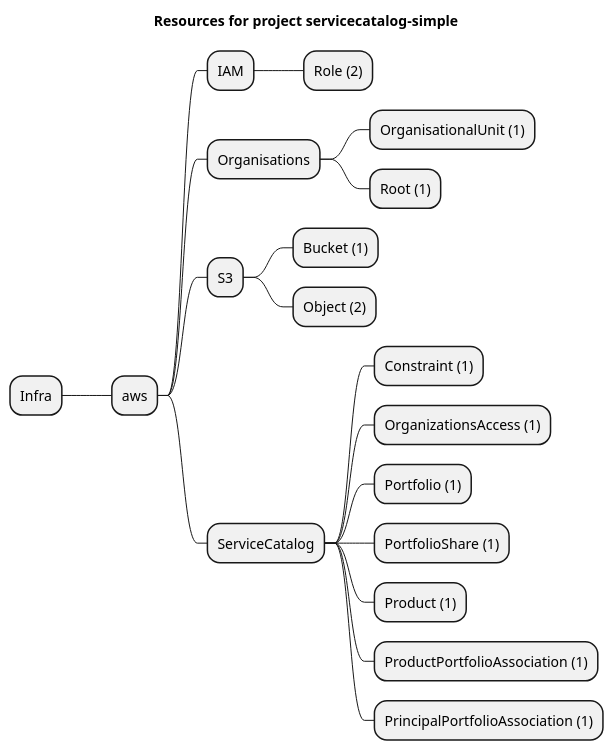
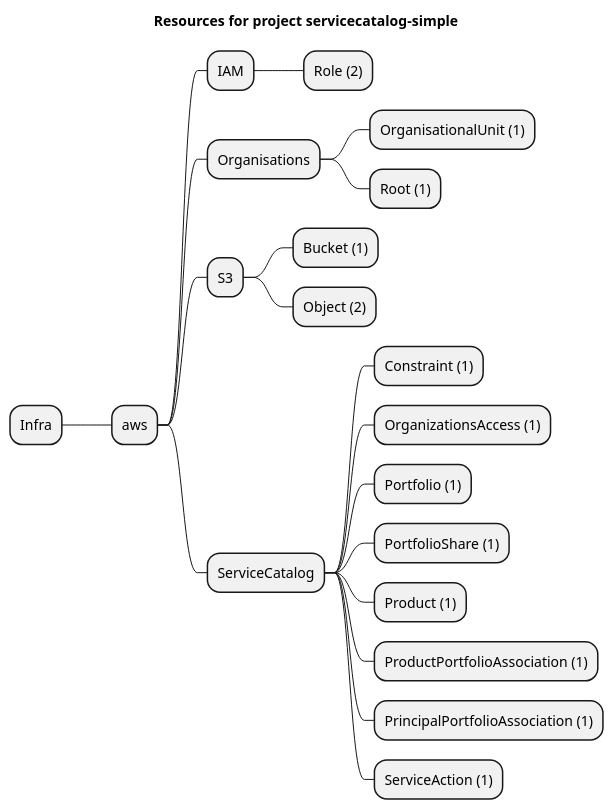
The diagram in examples/aws/ServiceCatalog/servicecatalog-simple/artifacts/resources-mindmap.puml (grucloud/grucloud), drawn with PlantUML before and after one commit. The commit also changed 12 other files, not shown here.

Commit message:
ServiceCatalogProvisionedProduct ServiceCatalogProvisioningArtifact ServiceCatalogServiceAction

```diff
--- a/examples/aws/ServiceCatalog/servicecatalog-simple/artifacts/resources-mindmap.puml
+++ b/examples/aws/ServiceCatalog/servicecatalog-simple/artifacts/resources-mindmap.puml
@@ -1,22 +1,23 @@
 @startmindmap
 title Resources for project servicecatalog-simple
 skinparam monochrome true
 + Infra
 ++ aws
 +++ IAM
 ++++ Role (2)
 +++ Organisations
 ++++ OrganisationalUnit (1)
 ++++ Root (1)
 +++ S3
 ++++ Bucket (1)
 ++++ Object (2)
 +++ ServiceCatalog
 ++++ Constraint (1)
 ++++ OrganizationsAccess (1)
 ++++ Portfolio (1)
 ++++ PortfolioShare (1)
 ++++ Product (1)
 ++++ ProductPortfolioAssociation (1)
 ++++ PrincipalPortfolioAssociation (1)
+++++ ServiceAction (1)
 @endmindmap
```
